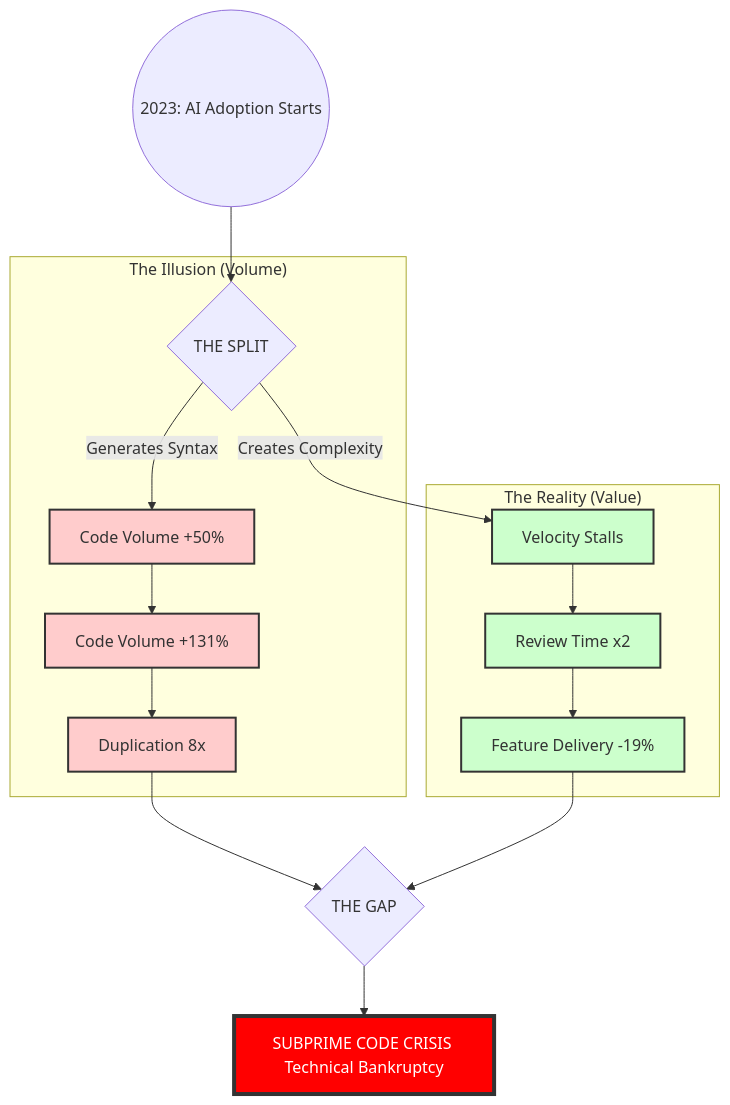
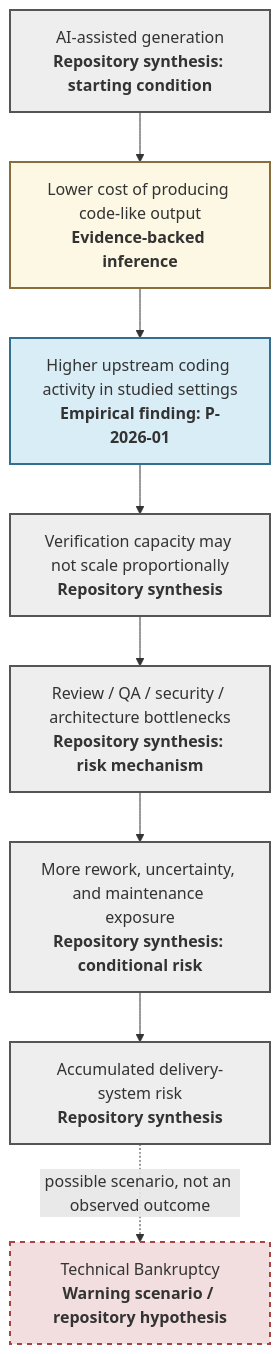
Before and after one commit to UncertaintyArchitectureGroup/The-Subprime-Code-Crisis: the second of 3 diagrams in README.md, drawn with Mermaid. The commit also changed other lines of this file and 2 other files, not shown here.

Commit message:
Rebuild Crisis Map with evidence boundaries

````diff
--- a/README.md
+++ b/README.md
@@ -128,31 +133,24 @@
 ```mermaid
 flowchart TD
-    %% Setup Styles
-    classDef volume fill:#ffcccc,stroke:#333,stroke-width:2px;
-    classDef value fill:#ccffcc,stroke:#333,stroke-width:2px;
-    classDef crisis fill:#ff0000,color:white,stroke:#333,stroke-width:4px;
+    classDef empirical fill:#d9edf7,stroke:#31708f,stroke-width:2px;
+    classDef inference fill:#fcf8e3,stroke:#8a6d3b,stroke-width:2px;
+    classDef synthesis fill:#eeeeee,stroke:#555,stroke-width:2px;
+    classDef scenario fill:#f2dede,stroke:#a94442,stroke-width:2px,stroke-dasharray: 5 5;
 
-    Start((2023: AI Adoption Starts)) --> Split{THE SPLIT}
+    A[AI-assisted generation<br/><b>Repository synthesis: starting condition</b>]
+    B[Lower cost of producing code-like output<br/><b>Evidence-backed inference</b>]
+    C[Higher upstream coding activity in studied settings<br/><b>Empirical finding: P-2026-01</b>]
+    D[Verification capacity may not scale proportionally<br/><b>Repository synthesis</b>]
+    E[Review / QA / security / architecture bottlenecks<br/><b>Repository synthesis: risk mechanism</b>]
+    F[More rework, uncertainty, and maintenance exposure<br/><b>Repository synthesis: conditional risk</b>]
+    G[Accumulated delivery-system risk<br/><b>Repository synthesis</b>]
+    H[Technical Bankruptcy<br/><b>Warning scenario / repository hypothesis</b>]
 
-    subgraph Illusion ["The Illusion (Volume)"]
-        Split -->|Generates Syntax| Vol1[Code Volume +50%]
-        Vol1 --> Vol2[Code Volume +131%]
-        Vol2 --> Vol3[Duplication 8x]
-    end
+    A --> B --> C --> D --> E --> F --> G
+    G -. possible scenario, not an observed outcome .-> H
 
-    subgraph Reality ["The Reality (Value)"]
-        Split -->|Creates Complexity| Val1[Velocity Stalls]
-        Val1 --> Val2[Review Time x2]
-        Val2 --> Val3[Feature Delivery -19%]
-    end
-
-    Vol3 --> Gap{THE GAP}
-    Val3 --> Gap
-
-    Gap --> Crisis[SUBPRIME CODE CRISIS Technical Bankruptcy]
-
-    %% Apply Styles
-    class Vol1,Vol2,Vol3 volume;
-    class Val1,Val2,Val3 value;
-    class Crisis crisis;
+    class C empirical;
+    class B inference;
+    class A,D,E,F,G synthesis;
+    class H scenario;
 ```
````
